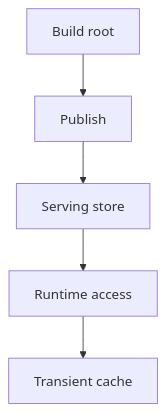
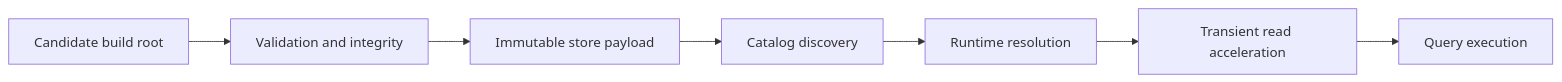
Before and after one commit to bijux/bijux-atlas: the first of 2 diagrams in docs/bijux-atlas/runtime/storage-architecture.md, drawn with Mermaid. The commit also changed other lines of this file and 2 other files, not shown here.

Commit message:
docs(storage): distinguish publication from catalog authority

````diff
--- a/docs/bijux-atlas/runtime/storage-architecture.md
+++ b/docs/bijux-atlas/runtime/storage-architecture.md
@@ -17,7 +22,9 @@
 ```mermaid
-flowchart TD
-    BuildRoot[Build root] --> Publish[Publish]
-    Publish --> ServingStore[Serving store]
-    ServingStore --> Runtime[Runtime access]
-    Runtime --> Cache[Transient cache]
+flowchart LR
+    BuildRoot[Candidate build root] --> Verify[Validation and integrity]
+    Verify --> Store[Immutable store payload]
+    Store --> Catalog[Catalog discovery]
+    Catalog --> Runtime[Runtime resolution]
+    Runtime --> Cache[Transient read acceleration]
+    Cache --> Query[Query execution]
 ```
````
